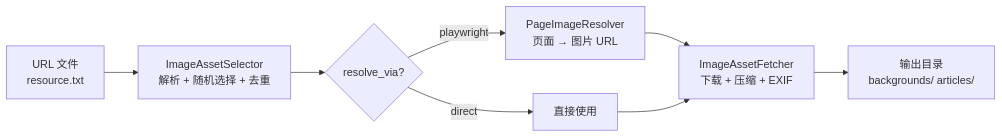
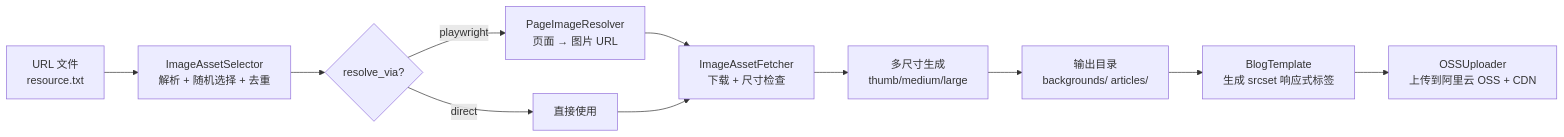
Before and after one commit to xinovate/linglong-knowledge: the diagram in docs/composer/image-assets.md, drawn with Mermaid. The commit also changed other lines of this file and 25 other files, not shown here.

First line of the commit message:
feat(composer): 多尺寸响应式图片 + OSS CDN 上传

````diff
--- a/docs/composer/image-assets.md
+++ b/docs/composer/image-assets.md
@@ -9,10 +9,13 @@
 ```mermaid
 graph LR
     A[URL 文件<br/>resource.txt] --> B[ImageAssetSelector<br/>解析 + 随机选择 + 去重]
     B --> C{resolve_via?}
     C -->|playwright| D[PageImageResolver<br/>页面 → 图片 URL]
     C -->|direct| E[直接使用]
-    D --> F[ImageAssetFetcher<br/>下载 + 压缩 + EXIF]
+    D --> F[ImageAssetFetcher<br/>下载 + 尺寸检查]
     E --> F
-    F --> G[输出目录<br/>backgrounds/ articles/]
+    F --> G[多尺寸生成<br/>thumb/medium/large]
+    G --> H[输出目录<br/>backgrounds/ articles/]
+    H --> I[BlogTemplate<br/>生成 srcset 响应式标签]
+    I --> J[OSSUploader<br/>上传到阿里云 OSS + CDN]
 ```
````
